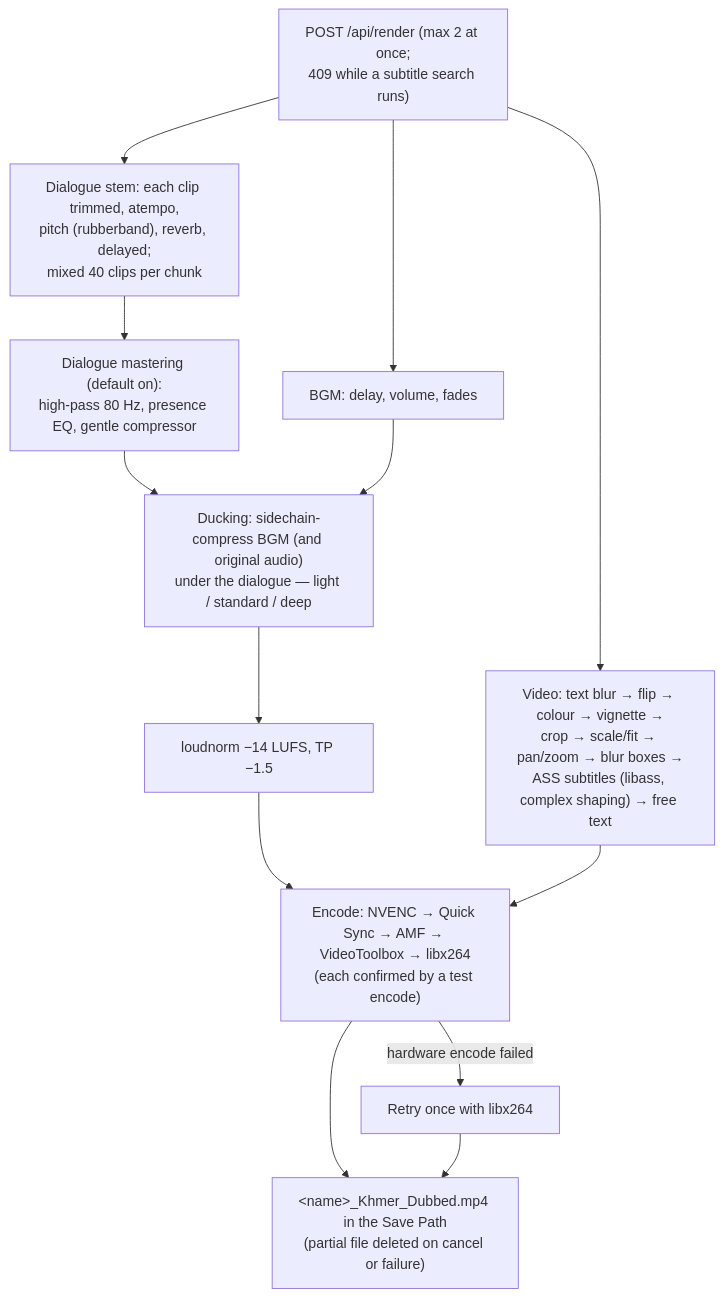
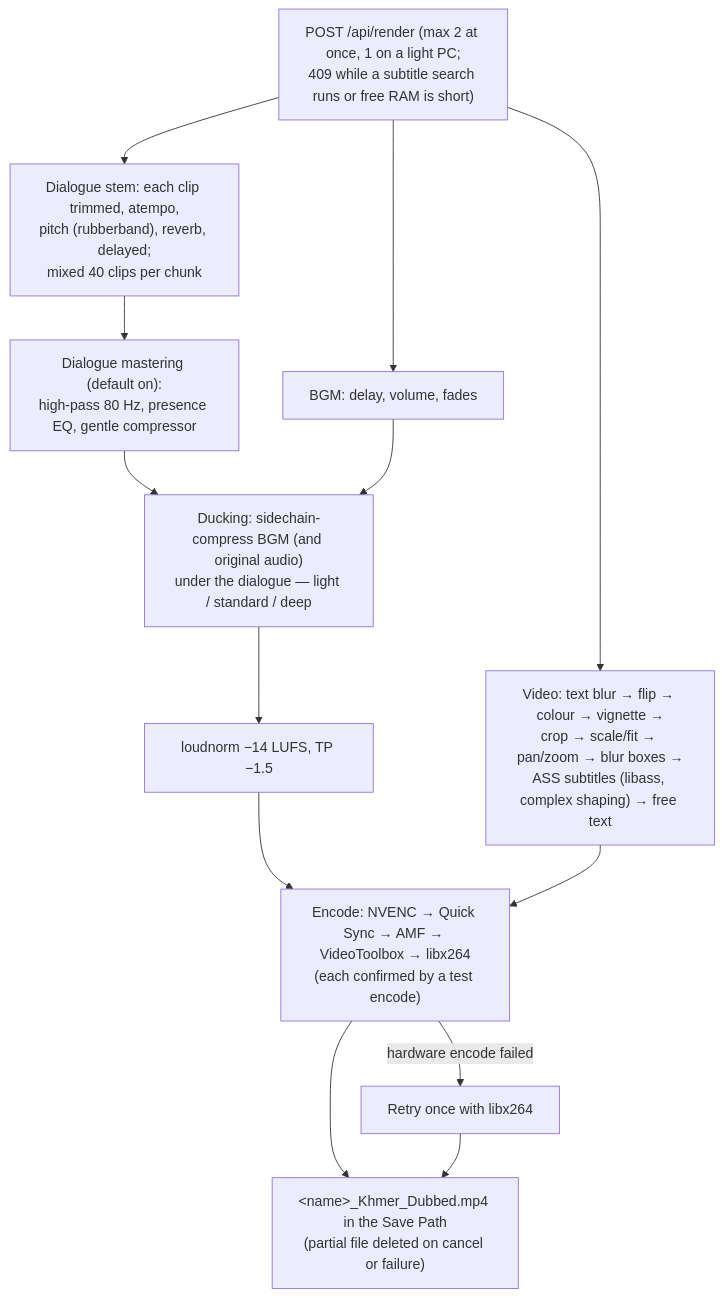
Diagram 12 of 14 in docs/ARCHITECTURE.md (chhordalim14/dr-dubber), drawn with Mermaid before and after one commit. The commit also changed other lines of this file and 17 other files, not shown here.

First line of the commit message:
feat: Settings > Performance - limits from the PC, and big jobs wait for free RAM

````diff
--- a/docs/ARCHITECTURE.md
+++ b/docs/ARCHITECTURE.md
@@ -716,15 +721,15 @@
 ```mermaid
 flowchart TD
-    A["POST /api/render (max 2 at once;<br/>409 while a subtitle search runs)"] --> D["Dialogue stem: each clip trimmed, atempo,<br/>pitch (rubberband), reverb, delayed;<br/>mixed 40 clips per chunk"]
+    A["POST /api/render (max 2 at once, 1 on a light PC;<br/>409 while a subtitle search runs or free RAM is short)"] --> D["Dialogue stem: each clip trimmed, atempo,<br/>pitch (rubberband), reverb, delayed;<br/>mixed 40 clips per chunk"]
     D --> MS["Dialogue mastering (default on):<br/>high-pass 80 Hz, presence EQ, gentle compressor"]
     A --> BG["BGM: delay, volume, fades"]
     MS --> DK["Ducking: sidechain-compress BGM (and original audio)<br/>under the dialogue — light / standard / deep"]
     BG --> DK
     DK --> LN["loudnorm −14 LUFS, TP −1.5"]
     A --> V["Video: text blur → flip → colour → vignette →<br/>crop → scale/fit → pan/zoom → blur boxes →<br/>ASS subtitles (libass, complex shaping) → free text"]
     LN --> ENC
     V --> ENC["Encode: NVENC → Quick Sync → AMF → VideoToolbox → libx264<br/>(each confirmed by a test encode)"]
     ENC -- "hardware encode failed" --> X264["Retry once with libx264"]
     ENC --> OUT["&lt;name&gt;_Khmer_Dubbed.mp4 in the Save Path<br/>(partial file deleted on cancel or failure)"]
     X264 --> OUT
 ```
````
